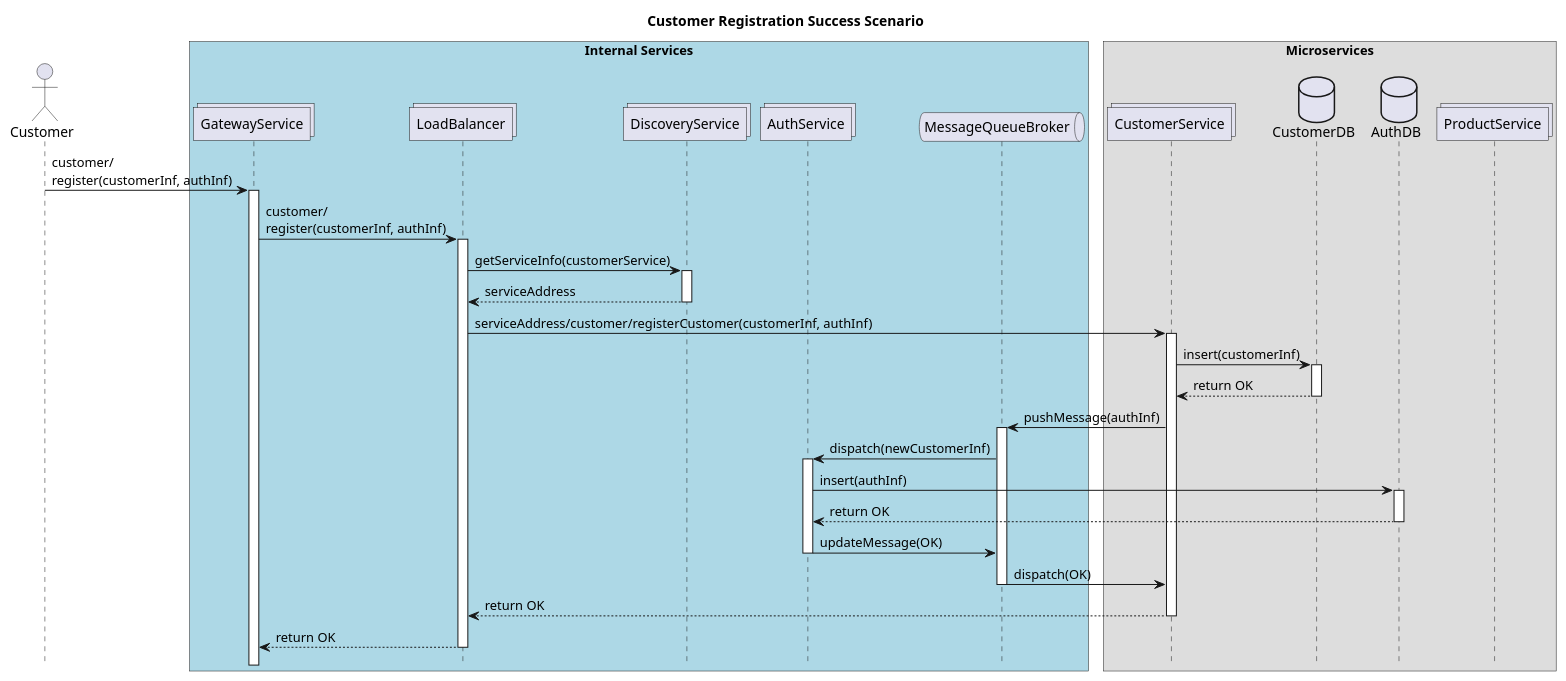
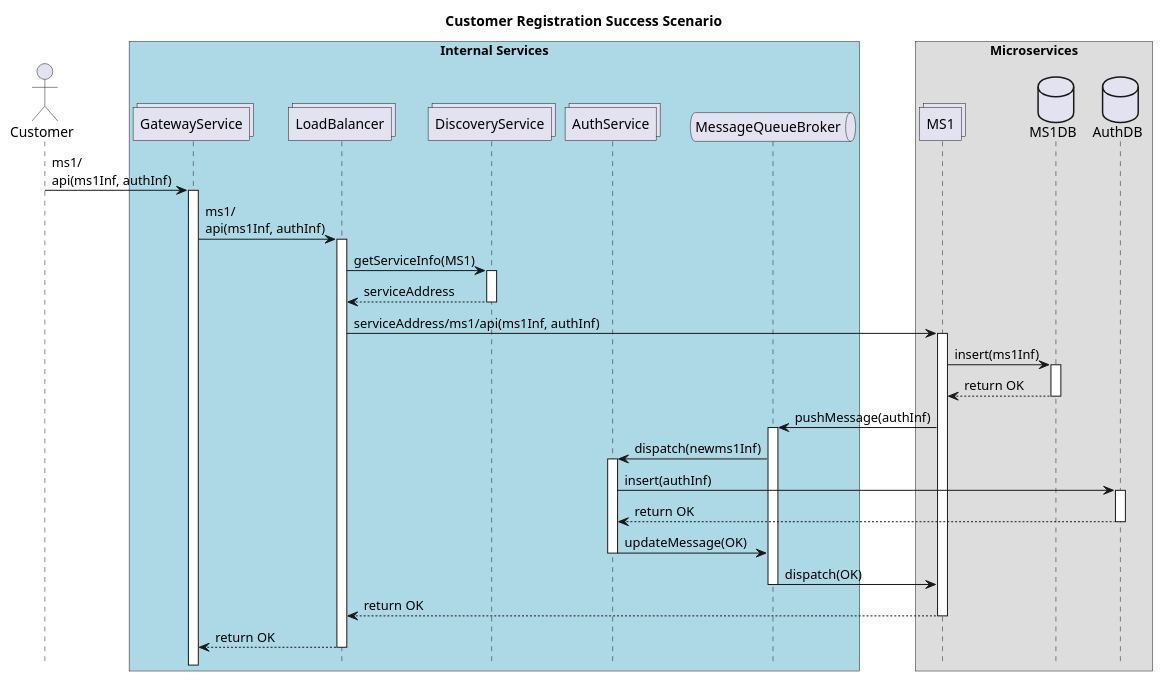
One commit to naimyurek/microblockthesis changed the diagram in 03 Client Registration Success.wsd. Above: the diagram before and after it, drawn with PlantUML. The commit also changed 9 other files, not shown here.

```diff
--- a/03 Client Registration Success.wsd
+++ b/03 Client Registration Success.wsd
@@ -1,41 +1,40 @@
 @startuml CustomerRegistrationScenario
 !pragma teoz true
 
 title "Customer Registration Success Scenario"
 
 hide footbox
 actor Customer
 
 
 box "Internal Services" #LightBlue
 collections GatewayService
 collections LoadBalancer
 collections DiscoveryService
 collections AuthService
 queue MessageQueueBroker
 end box
 
 box "Microservices"
-collections CustomerService
-database CustomerDB
+collections MS1
+database MS1DB
 database AuthDB
-collections ProductService
 end box
 
-Customer -> GatewayService ++ : customer/\nregister(customerInf, authInf)
-GatewayService -> LoadBalancer ++ : customer/\nregister(customerInf, authInf)
-LoadBalancer -> DiscoveryService ++ : getServiceInfo(customerService)
+Customer -> GatewayService ++ : ms1/\napi(ms1Inf, authInf)
+GatewayService -> LoadBalancer ++ : ms1/\napi(ms1Inf, authInf)
+LoadBalancer -> DiscoveryService ++ : getServiceInfo(MS1)
 return serviceAddress 
-LoadBalancer -> CustomerService ++ : serviceAddress/customer/registerCustomer(customerInf, authInf)
-CustomerService -> CustomerDB ++: insert(customerInf)
+LoadBalancer -> MS1 ++ : serviceAddress/ms1/api(ms1Inf, authInf)
+MS1 -> MS1DB ++: insert(ms1Inf)
 return return OK 
-CustomerService -> MessageQueueBroker ++ : pushMessage(authInf)
-MessageQueueBroker -> AuthService ++ : dispatch(newCustomerInf)
+MS1 -> MessageQueueBroker ++ : pushMessage(authInf)
+MessageQueueBroker -> AuthService ++ : dispatch(newms1Inf)
 AuthService -> AuthDB ++ : insert(authInf)
 return return OK 
 AuthService -> MessageQueueBroker -- : updateMessage(OK)
-MessageQueueBroker -> CustomerService -- : dispatch(OK)
+MessageQueueBroker -> MS1 -- : dispatch(OK)
 return return OK 
 return return OK 
 
 @enduml
```
